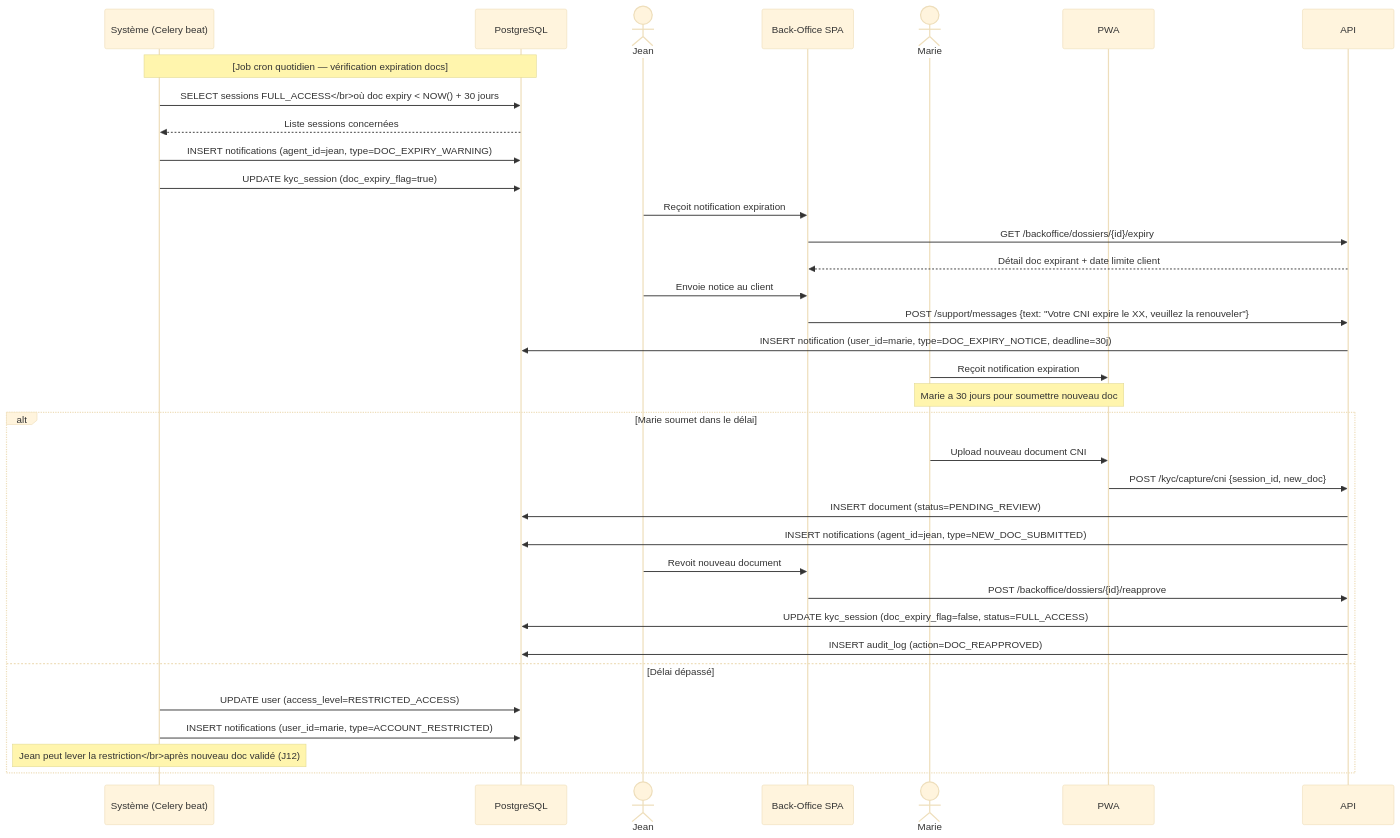
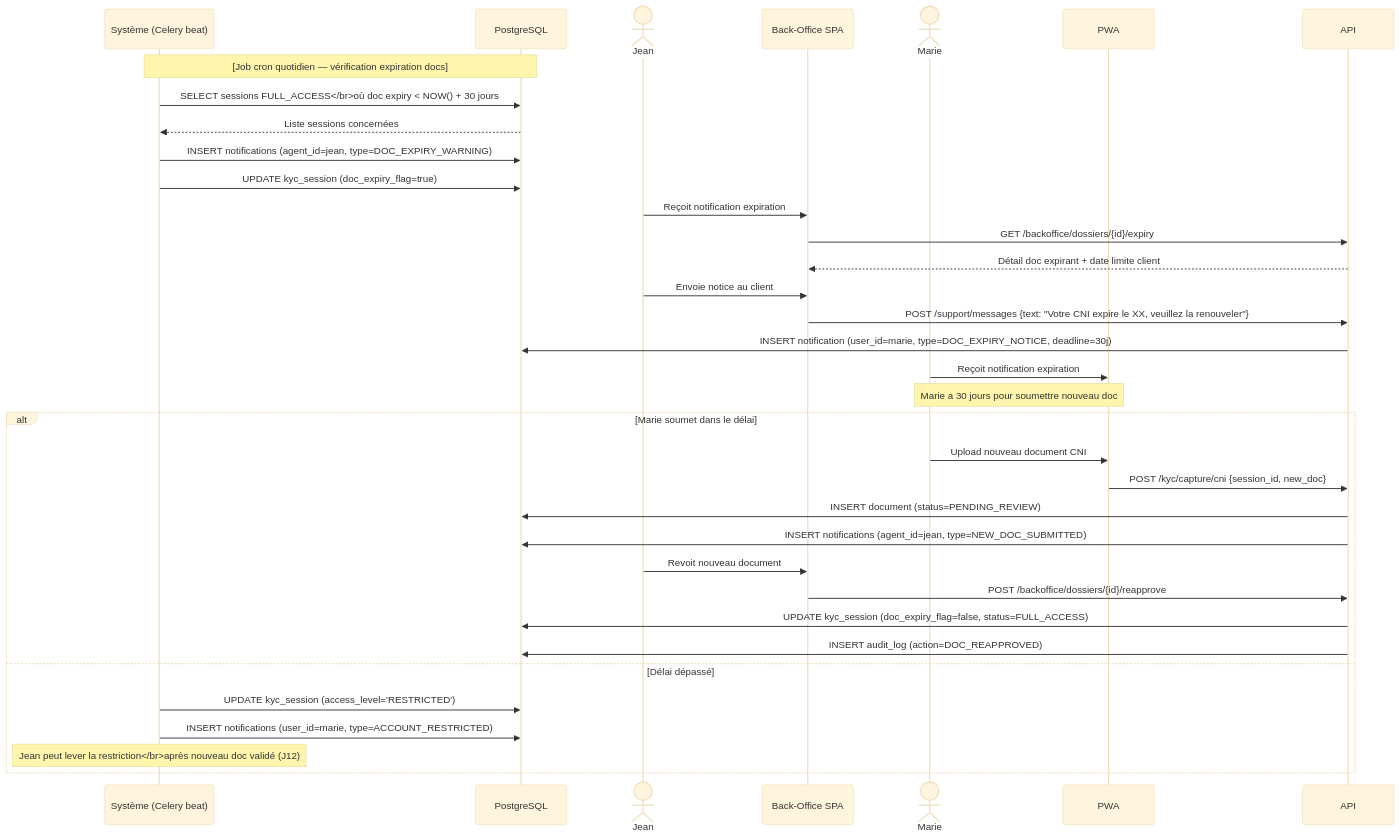
One commit to Ken-Andre/bicec-veripass changed diagram 13 of 18 in _bmad-output/planning-artifacts/architecture-bicec-veripass.md. Above: the diagram before and after it, drawn with Mermaid (base theme). The commit also changed other lines of this file, not shown here.

Commit message:
feat(architecture): add test strategy §18 and technical FAQ §19 sections with KYC terminology rules

````diff
--- a/_bmad-output/planning-artifacts/architecture-bicec-veripass.md
+++ b/_bmad-output/planning-artifacts/architecture-bicec-veripass.md
@@ -1116,42 +1136,42 @@
 ```mermaid
 sequenceDiagram
     participant SYS as Système (Celery beat)
     participant PG as PostgreSQL
     actor Jean
     participant BO as Back-Office SPA
     actor Marie
     participant PWA
 
     Note over SYS,PG: [Job cron quotidien — vérification expiration docs]
 
     SYS->>PG: SELECT sessions FULL_ACCESS</br>où doc expiry < NOW() + 30 jours
     PG-->>SYS: Liste sessions concernées
     SYS->>PG: INSERT notifications (agent_id=jean, type=DOC_EXPIRY_WARNING)
     SYS->>PG: UPDATE kyc_session (doc_expiry_flag=true)
 
     Jean->>BO: Reçoit notification expiration
     BO->>API: GET /backoffice/dossiers/{id}/expiry
     API-->>BO: Détail doc expirant + date limite client
 
     Jean->>BO: Envoie notice au client
     BO->>API: POST /support/messages {text: "Votre CNI expire le XX, veuillez la renouveler"}
     API->>PG: INSERT notification (user_id=marie, type=DOC_EXPIRY_NOTICE, deadline=30j)
 
     Marie->>PWA: Reçoit notification expiration
     Note over Marie,PWA: Marie a 30 jours pour soumettre nouveau doc
 
     alt Marie soumet dans le délai
         Marie->>PWA: Upload nouveau document CNI
         PWA->>API: POST /kyc/capture/cni {session_id, new_doc}
         API->>PG: INSERT document (status=PENDING_REVIEW)
         API->>PG: INSERT notifications (agent_id=jean, type=NEW_DOC_SUBMITTED)
         Jean->>BO: Revoit nouveau document
         BO->>API: POST /backoffice/dossiers/{id}/reapprove
         API->>PG: UPDATE kyc_session (doc_expiry_flag=false, status=FULL_ACCESS)
         API->>PG: INSERT audit_log (action=DOC_REAPPROVED)
     else Délai dépassé
-        SYS->>PG: UPDATE user (access_level=RESTRICTED_ACCESS)
+        SYS->>PG: UPDATE kyc_session (access_level='RESTRICTED')
         SYS->>PG: INSERT notifications (user_id=marie, type=ACCOUNT_RESTRICTED)
         Note over SYS: Jean peut lever la restriction</br>après nouveau doc validé (J12)
     end
 ```
````
